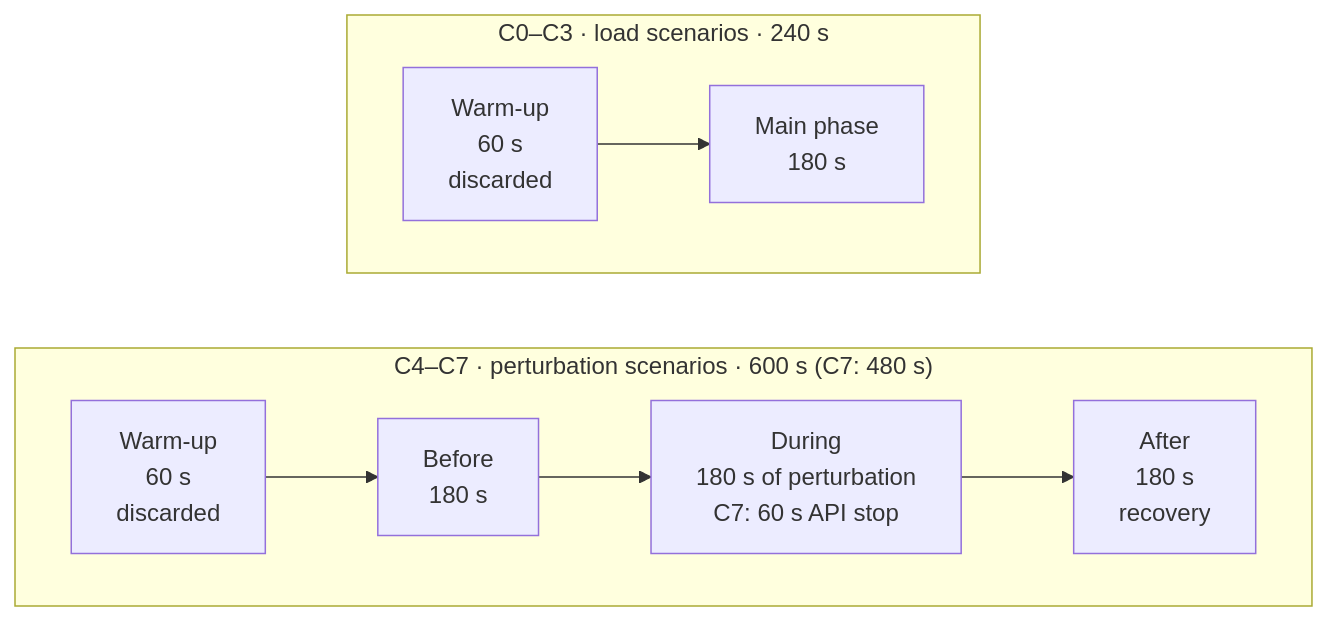
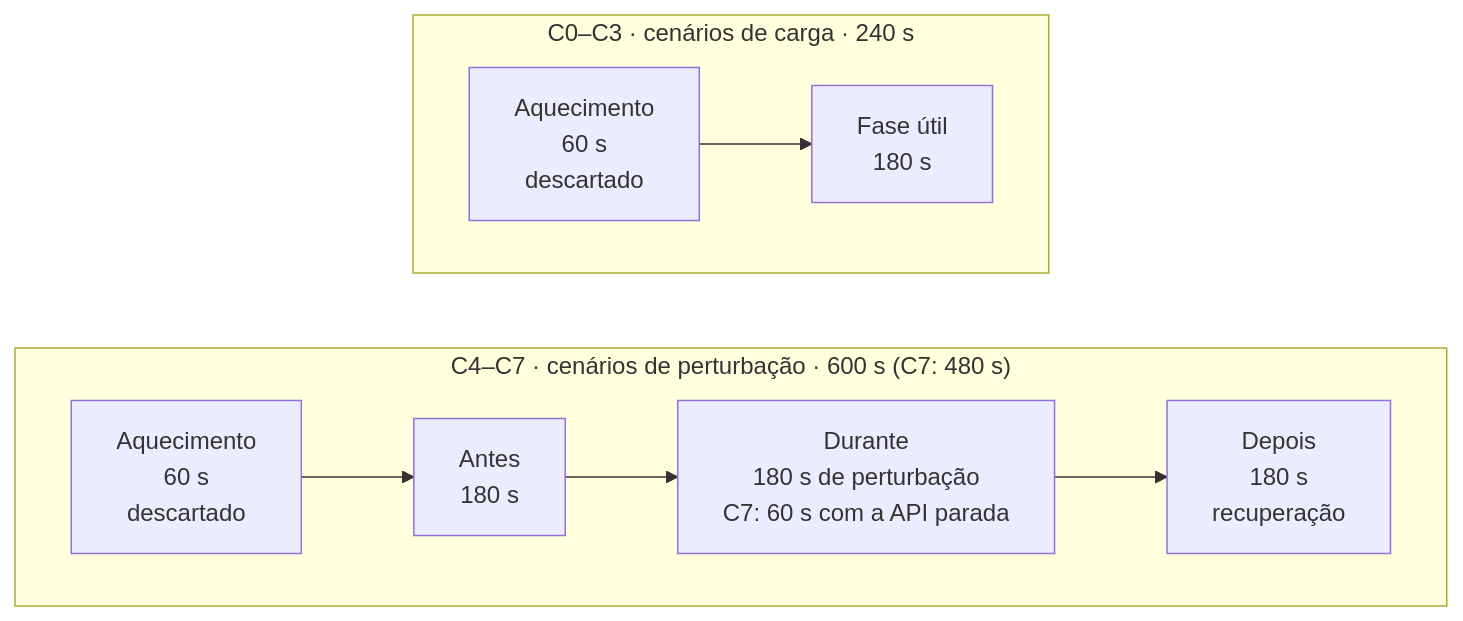
Before and after one commit to itamarsb/Observability-Engineering-Framework: the fourth of 7 diagrams in docs/architecture/README.md, drawn with Mermaid. The commit also changed other lines of this file and 4 other files, not shown here.

````diff
--- a/docs/architecture/README.md
+++ b/docs/architecture/README.md
@@ -143,14 +143,14 @@
 ```mermaid
 flowchart TB
-    subgraph LOAD["C0–C3 · load scenarios · 240 s"]
+    subgraph LOAD["C0–C3 · cenários de carga · 240 s"]
         direction LR
-        W1["Warm-up<br/>60 s<br/>discarded"] --> M1["Main phase<br/>180 s"]
+        W1["Aquecimento<br/>60 s<br/>descartado"] --> M1["Fase útil<br/>180 s"]
     end
 
-    subgraph PERT["C4–C7 · perturbation scenarios · 600 s (C7: 480 s)"]
+    subgraph PERT["C4–C7 · cenários de perturbação · 600 s (C7: 480 s)"]
         direction LR
-        W2["Warm-up<br/>60 s<br/>discarded"] --> B["Before<br/>180 s"] --> D["During<br/>180 s of perturbation<br/>C7: 60 s API stop"] --> A["After<br/>180 s<br/>recovery"]
+        W2["Aquecimento<br/>60 s<br/>descartado"] --> B["Antes<br/>180 s"] --> D["Durante<br/>180 s de perturbação<br/>C7: 60 s com a API parada"] --> A["Depois<br/>180 s<br/>recuperação"]
     end
 
     LOAD ~~~ PERT
 ```
````
